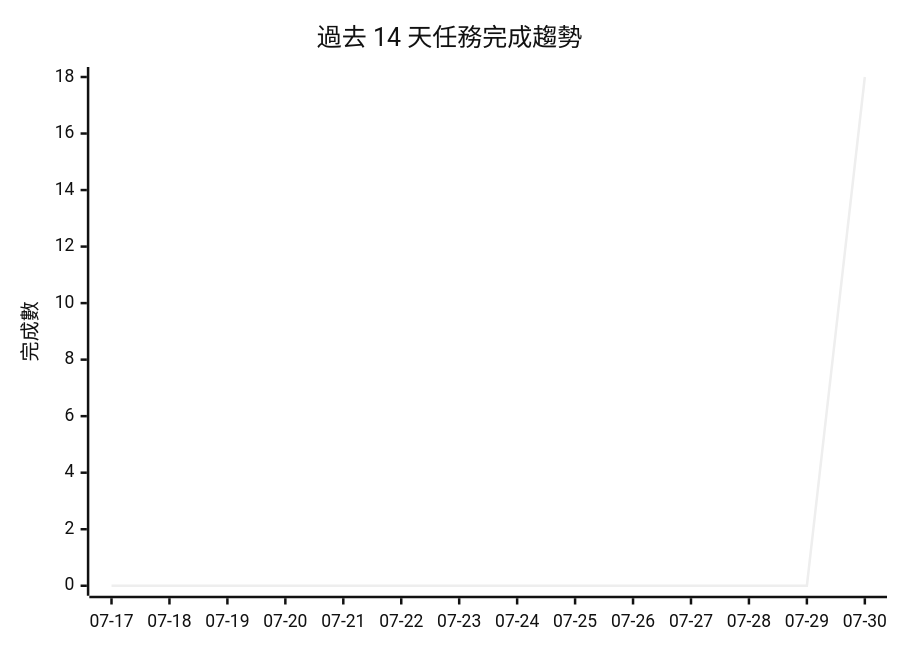
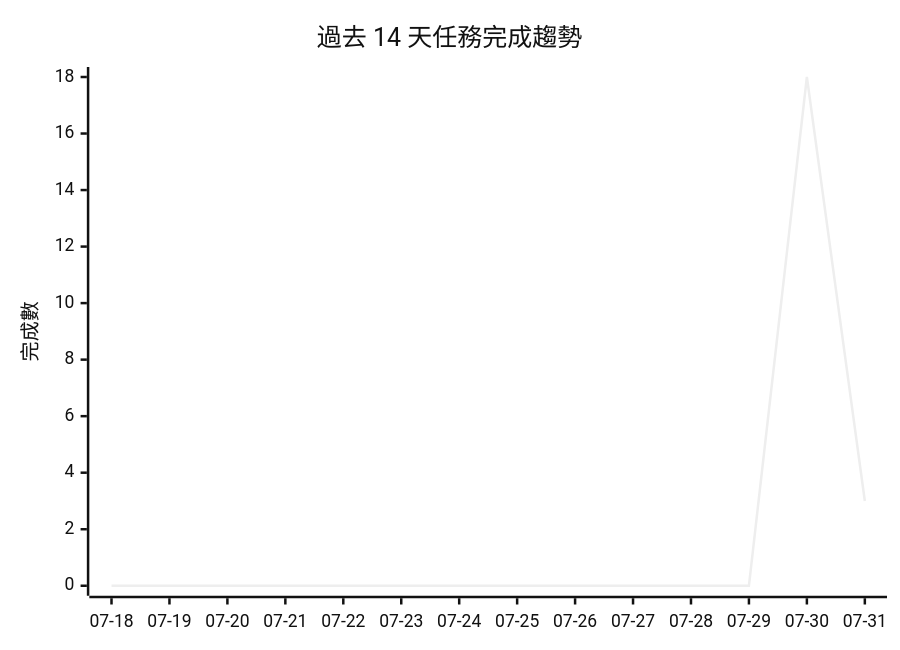
Before and after one commit to gentoobreaking/ai-tasks: the diagram in PROJECTS.md, drawn with Mermaid (neutral theme). The commit also changed other lines of this file and 100 other files, not shown here.

````diff
--- a/PROJECTS.md
+++ b/PROJECTS.md
@@ -115,7 +174,7 @@
 ```mermaid
 xychart-beta
     title "過去 14 天任務完成趨勢"
-    x-axis ["07-17", "07-18", "07-19", "07-20", "07-21", "07-22", "07-23", "07-24", "07-25", "07-26", "07-27", "07-28", "07-29", "07-30"]
+    x-axis ["07-18", "07-19", "07-20", "07-21", "07-22", "07-23", "07-24", "07-25", "07-26", "07-27", "07-28", "07-29", "07-30", "07-31"]
     y-axis "完成數" 0 --> 18
-    line [0, 0, 0, 0, 0, 0, 0, 0, 0, 0, 0, 0, 0, 18]
+    line [0, 0, 0, 0, 0, 0, 0, 0, 0, 0, 0, 0, 18, 3]
 ```
````
